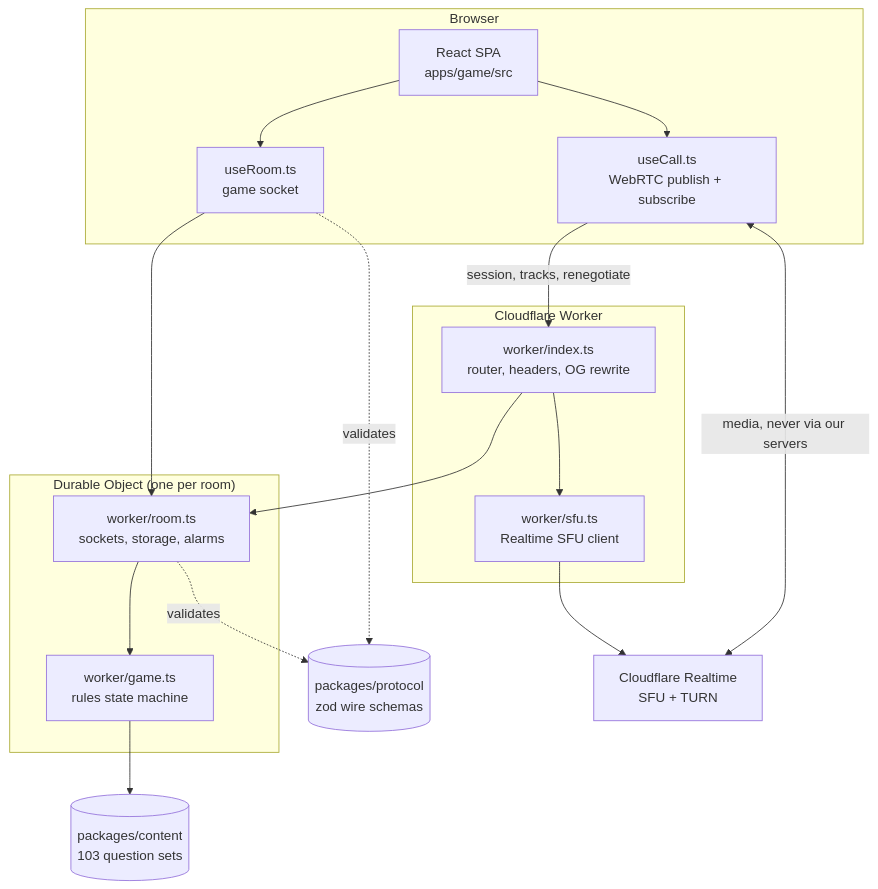
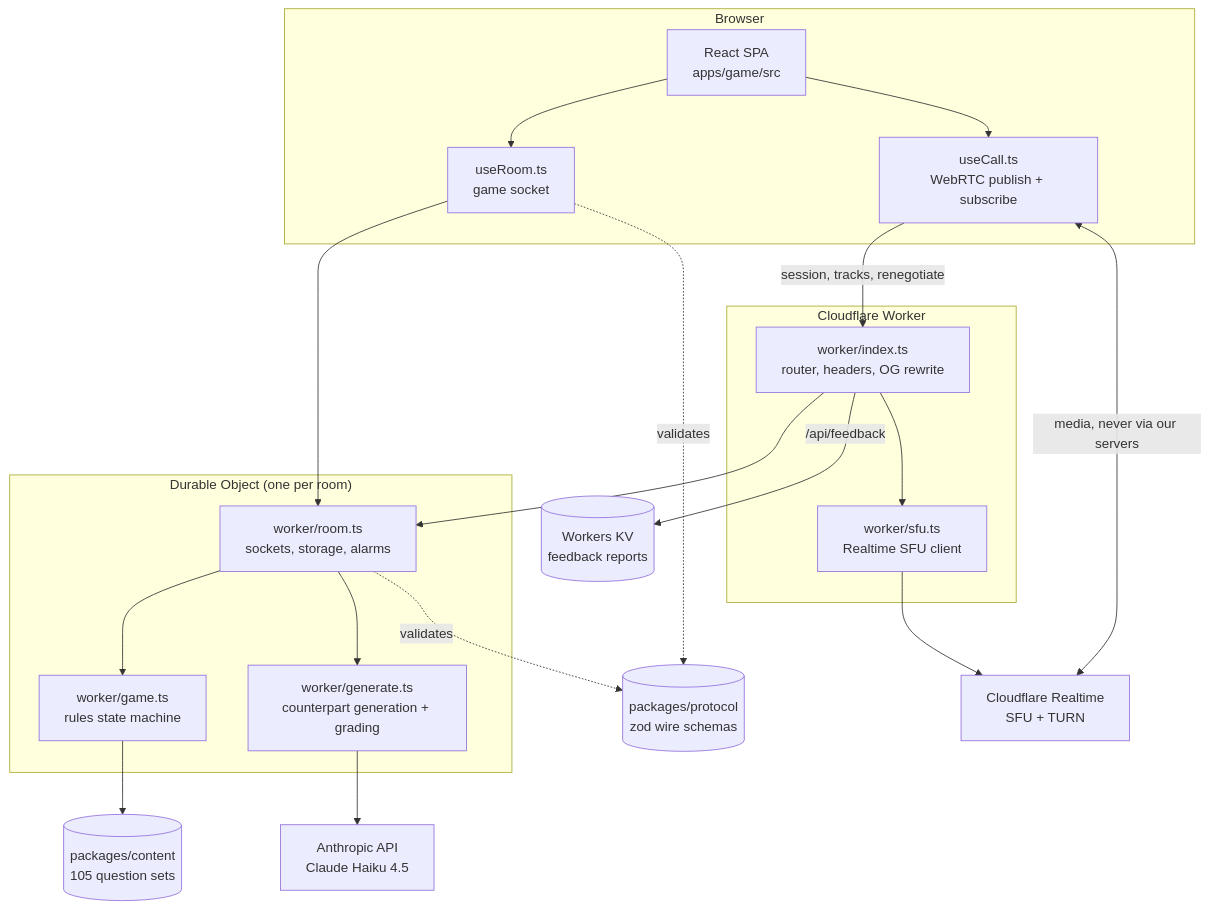
One commit to Technical-1/All-About-Me changed the diagram in public/data/portfolio/oddoneout/architecture.md. Above: the diagram before and after it, drawn with Mermaid. The commit also changed other lines of this file and 11 other files, not shown here.

````diff
--- a/public/data/portfolio/oddoneout/architecture.md
+++ b/public/data/portfolio/oddoneout/architecture.md
@@ -11,31 +11,36 @@
 ```mermaid
 flowchart TD
     subgraph Browser
         UI[React SPA<br/>apps/game/src]
         WS[useRoom.ts<br/>game socket]
         RTC[useCall.ts<br/>WebRTC publish + subscribe]
     end
 
     subgraph "Cloudflare Worker"
         R[worker/index.ts<br/>router, headers, OG rewrite]
         SFU[worker/sfu.ts<br/>Realtime SFU client]
     end
 
     subgraph "Durable Object (one per room)"
         DO[worker/room.ts<br/>sockets, storage, alarms]
         G[worker/game.ts<br/>rules state machine]
+        GEN[worker/generate.ts<br/>counterpart generation + grading]
     end
 
-    CONTENT[(packages/content<br/>103 question sets)]
+    CONTENT[(packages/content<br/>105 question sets)]
     PROTO[(packages/protocol<br/>zod wire schemas)]
     CFSFU[Cloudflare Realtime<br/>SFU + TURN]
+    ANTH[Anthropic API<br/>Claude Haiku 4.5]
+    KV[(Workers KV<br/>feedback reports)]
 
     UI --> WS --> DO
     UI --> RTC
     RTC -->|"session, tracks, renegotiate"| R --> SFU --> CFSFU
     RTC <-->|"media, never via our servers"| CFSFU
     DO --> G --> CONTENT
+    DO --> GEN --> ANTH
+    R -->|"/api/feedback"| KV
     WS -.validates.-> PROTO
     DO -.validates.-> PROTO
     R --> DO
 ```
````
